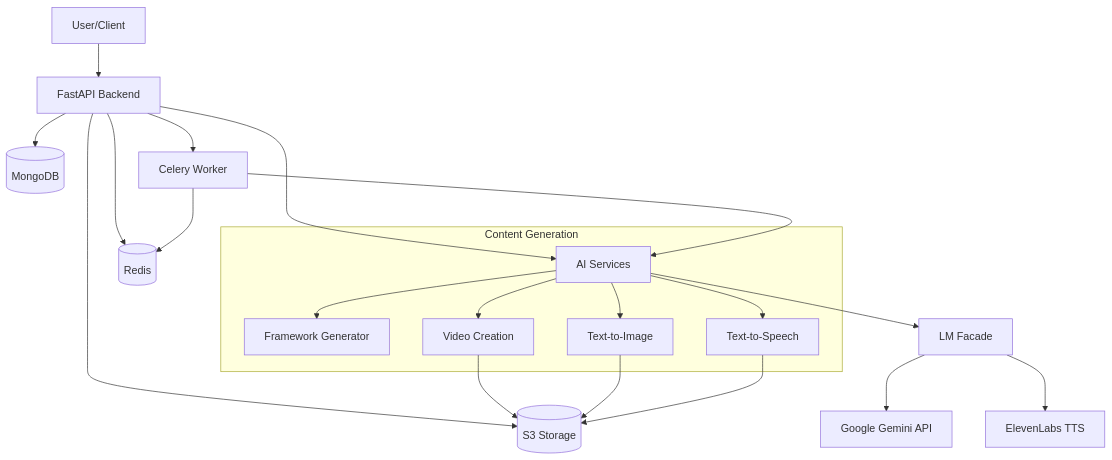
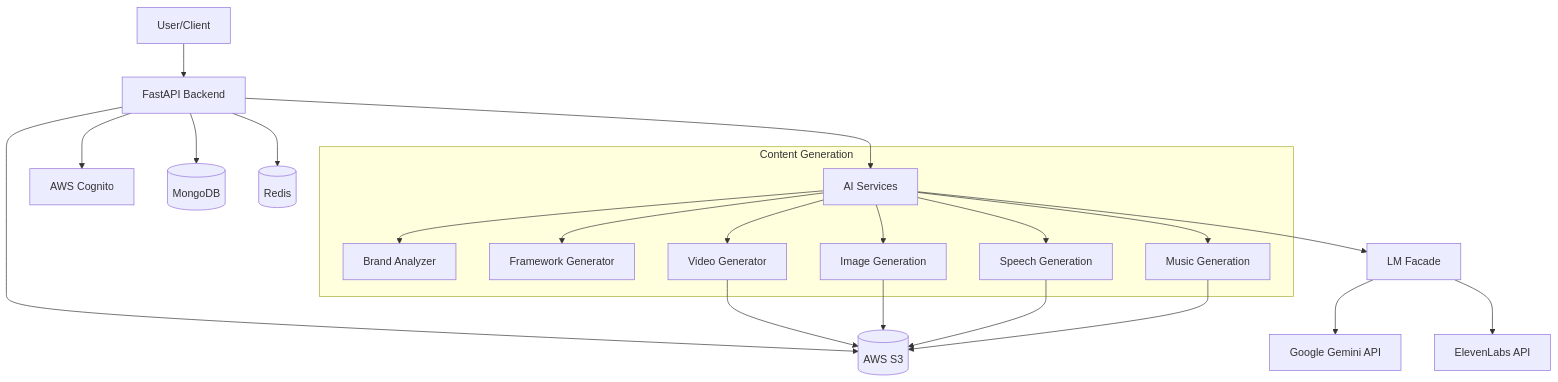
Before and after one commit to alipymanbu/tofai: the diagram in README.md, drawn with Mermaid. The commit also changed other lines of this file, not shown here.

````diff
--- a/README.md
+++ b/README.md
@@ -24,27 +27,27 @@
 ```mermaid
 graph TD
     User[User/Client] --> API[FastAPI Backend]
+    API --> Auth[AWS Cognito]
     API --> DB[(MongoDB)]
     API --> Redis[(Redis)]
-    API --> S3[(S3 Storage)]
+    API --> S3[(AWS S3)]
     API --> AI[AI Services]
-    API --> Celery[Celery Worker]
     
     AI --> LMFacade[LM Facade]
     LMFacade --> Gemini[Google Gemini API]
-    LMFacade --> ElevenLabs[ElevenLabs TTS]
-    
-    Celery --> Redis
-    Celery --> AI
+    LMFacade --> ElevenLabs[ElevenLabs API]
     
     subgraph Content Generation
+        AI --> BrandAnalyzer[Brand Analyzer]
         AI --> FrameworkGen[Framework Generator]
-        AI --> VideoCreation[Video Creation]
-        AI --> TextToImage[Text-to-Image]
-        AI --> TextToSpeech[Text-to-Speech]
+        AI --> VideoGen[Video Generator]
+        AI --> ImageGen[Image Generation]
+        AI --> SpeechGen[Speech Generation]
+        AI --> MusicGen[Music Generation]
     end
     
-    VideoCreation --> S3
-    TextToImage --> S3
-    TextToSpeech --> S3
+    VideoGen --> S3
+    ImageGen --> S3
+    SpeechGen --> S3
+    MusicGen --> S3
 ```
````
